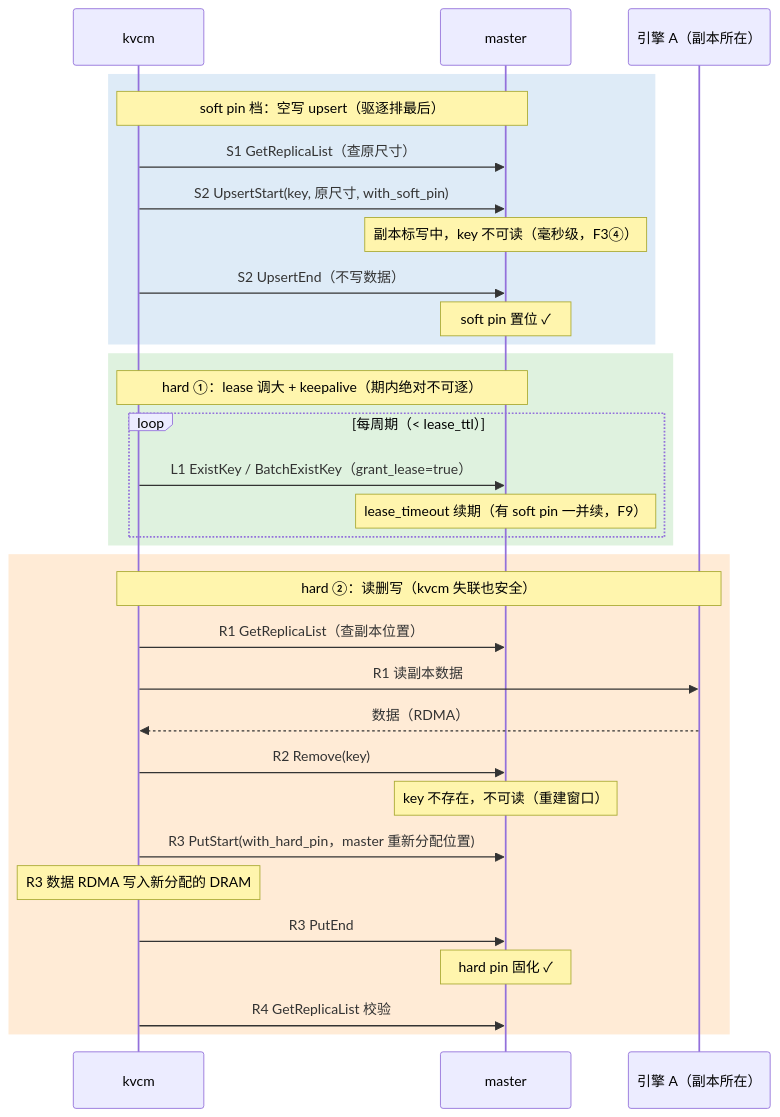
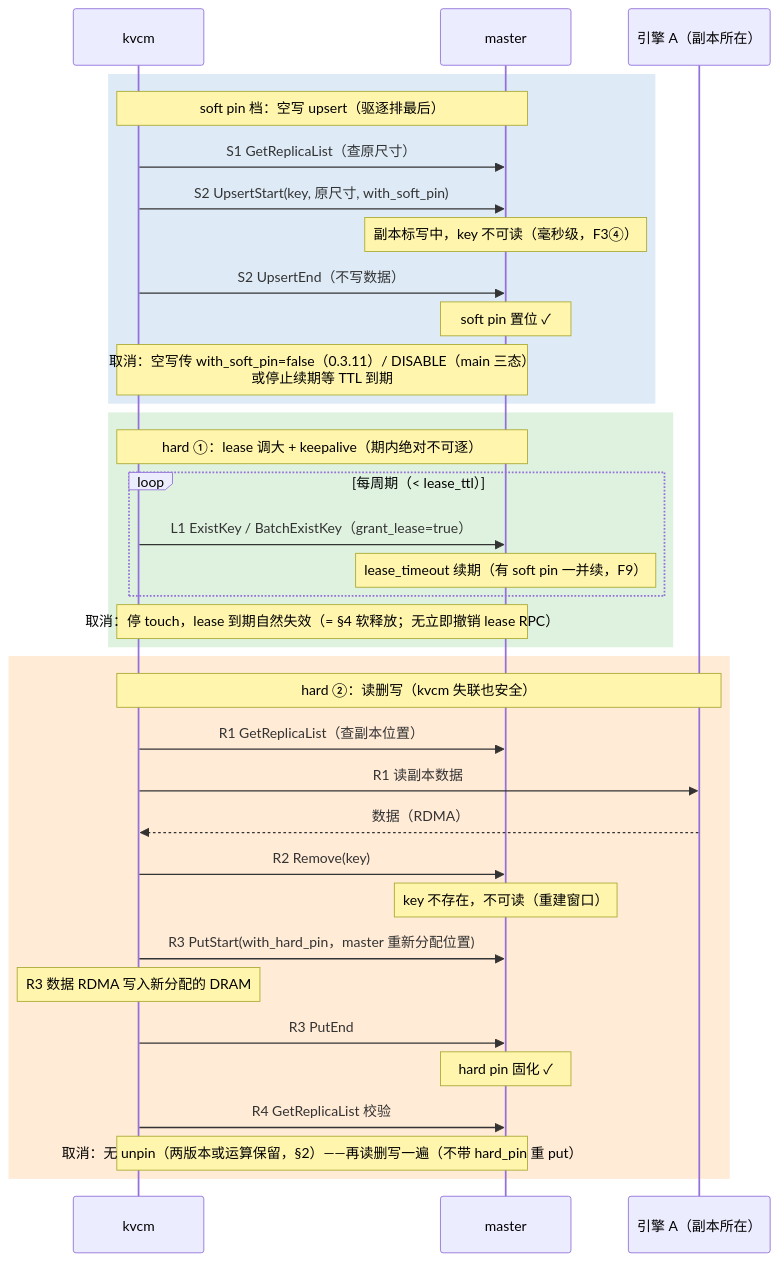
The fifth of 10 diagrams in kvcm/D2-kv-operations.md (5x8-40/lake), drawn with Mermaid before and after one commit. The commit also changed other lines of this file, not shown here.

First line of the commit message:
docs(kvcm): 操作图全量时序化，方案完整进图

````diff
--- a/kvcm/D2-kv-operations.md
+++ b/kvcm/D2-kv-operations.md
@@ -384,37 +408,40 @@
 ```mermaid
 sequenceDiagram
     participant K as kvcm
     participant M as master
     participant A as 引擎 A（副本所在）
 
     rect rgb(222, 235, 247)
     Note over K,M: soft pin 档：空写 upsert（驱逐排最后）
     K->>M: S1 GetReplicaList（查原尺寸）
     K->>M: S2 UpsertStart(key, 原尺寸, with_soft_pin)
     Note over M: 副本标写中，key 不可读（毫秒级，F3④）
     K->>M: S2 UpsertEnd（不写数据）
     Note over M: soft pin 置位 ✓
+    Note over K,M: 取消：空写传 with_soft_pin=false（0.3.11）/ DISABLE（main 三态）<br/>或停止续期等 TTL 到期
     end
 
     rect rgb(223, 242, 223)
     Note over K,M: hard ①：lease 调大 + keepalive（期内绝对不可逐）
     loop 每周期（< lease_ttl）
         K->>M: L1 ExistKey / BatchExistKey（grant_lease=true）
         Note over M: lease_timeout 续期（有 soft pin 一并续，F9）
     end
+    Note over K,M: 取消：停 touch，lease 到期自然失效（= §4 软释放；无立即撤销 lease RPC）
     end
 
     rect rgb(255, 235, 214)
     Note over K,A: hard ②：读删写（kvcm 失联也安全）
     K->>M: R1 GetReplicaList（查副本位置）
     K->>A: R1 读副本数据
     A-->>K: 数据（RDMA）
     K->>M: R2 Remove(key)
     Note over M: key 不存在，不可读（重建窗口）
     K->>M: R3 PutStart(with_hard_pin，master 重新分配位置)
     Note over K: R3 数据 RDMA 写入新分配的 DRAM
     K->>M: R3 PutEnd
     Note over M: hard pin 固化 ✓
     K->>M: R4 GetReplicaList 校验
+    Note over K,M: 取消：无 unpin（两版本或运算保留，§2）——再读删写一遍（不带 hard_pin 重 put）
     end
 ```
````
